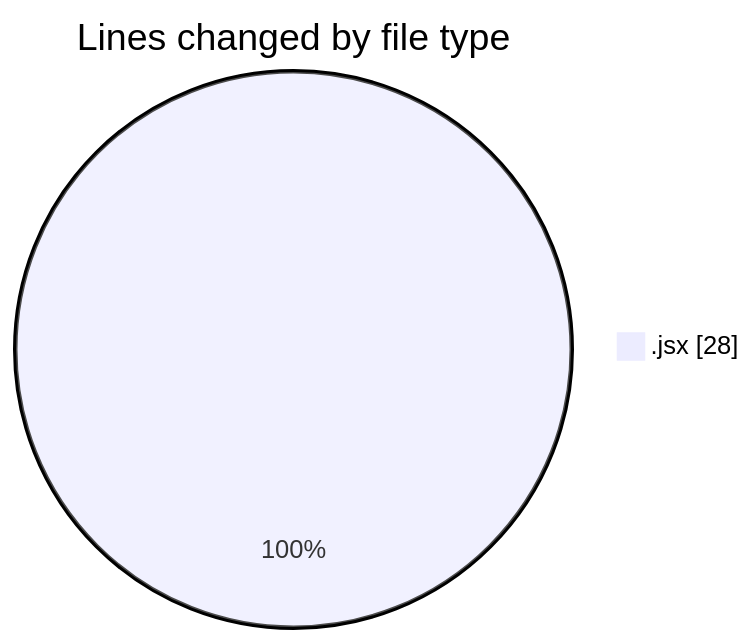
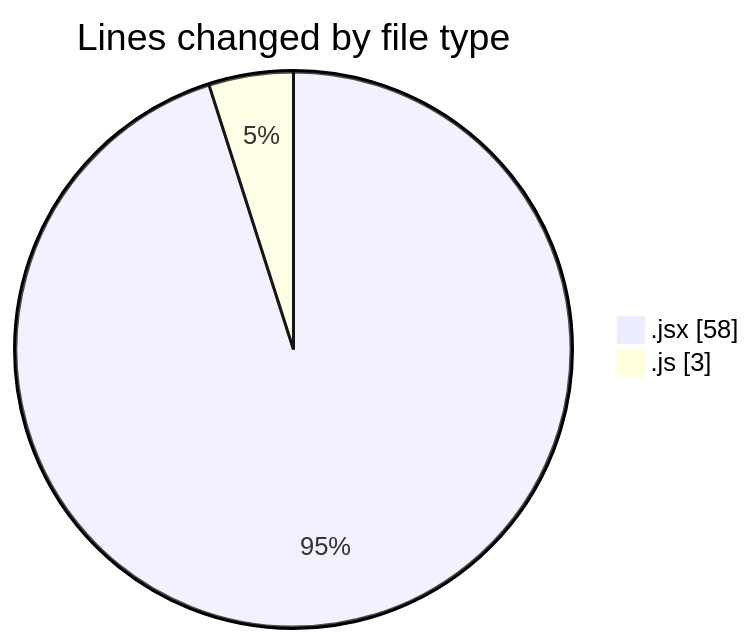
One commit to nxtqubesakshisongat/code-tracking changed the first of 2 diagrams in 2025-12-14/nxtqube_webapp/README.md. Above: the diagram before and after it, drawn with Mermaid. The commit also changed other lines of this file and 1 other file, not shown here.

````diff
--- a/2025-12-14/nxtqube_webapp/README.md
+++ b/2025-12-14/nxtqube_webapp/README.md
@@ -20,5 +21,6 @@
 ```mermaid
 pie showData
 title Lines changed by file type
-".jsx" : 28
+".jsx" : 58
+".js" : 3
 ```
````
